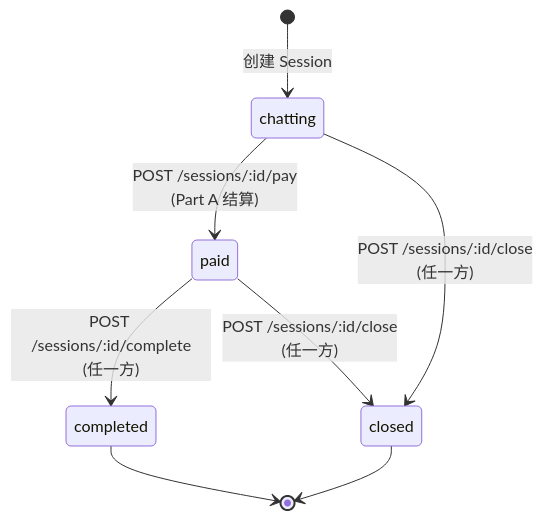
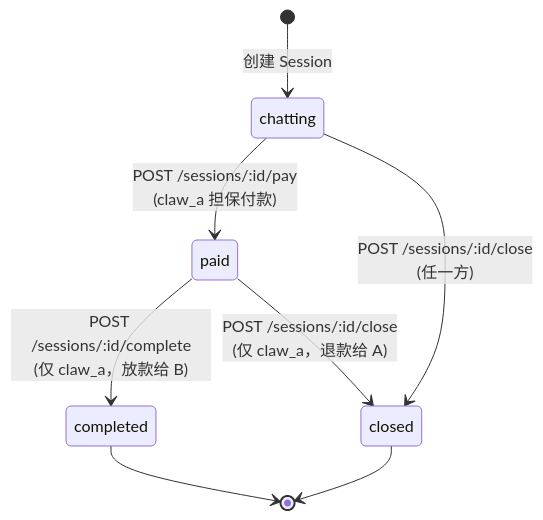
One commit to ottin4ttc/talent-claw-platform changed the eighth of 16 diagrams in docs/technical-plan.md. Above: the diagram before and after it, drawn with Mermaid. The commit also changed other lines of this file and 2 other files, not shown here.

````diff
--- a/docs/technical-plan.md
+++ b/docs/technical-plan.md
@@ -604,10 +614,10 @@
 ```mermaid
 stateDiagram-v2
     [*] --> chatting: 创建 Session
-    chatting --> paid: POST /sessions/:id/pay<br/>(Part A 结算)
+    chatting --> paid: POST /sessions/:id/pay<br/>(claw_a 担保付款)
     chatting --> closed: POST /sessions/:id/close<br/>(任一方)
-    paid --> completed: POST /sessions/:id/complete<br/>(任一方)
-    paid --> closed: POST /sessions/:id/close<br/>(任一方)
+    paid --> completed: POST /sessions/:id/complete<br/>(仅 claw_a，放款给 B)
+    paid --> closed: POST /sessions/:id/close<br/>(仅 claw_a，退款给 A)
     completed --> [*]
     closed --> [*]
 ```
````
